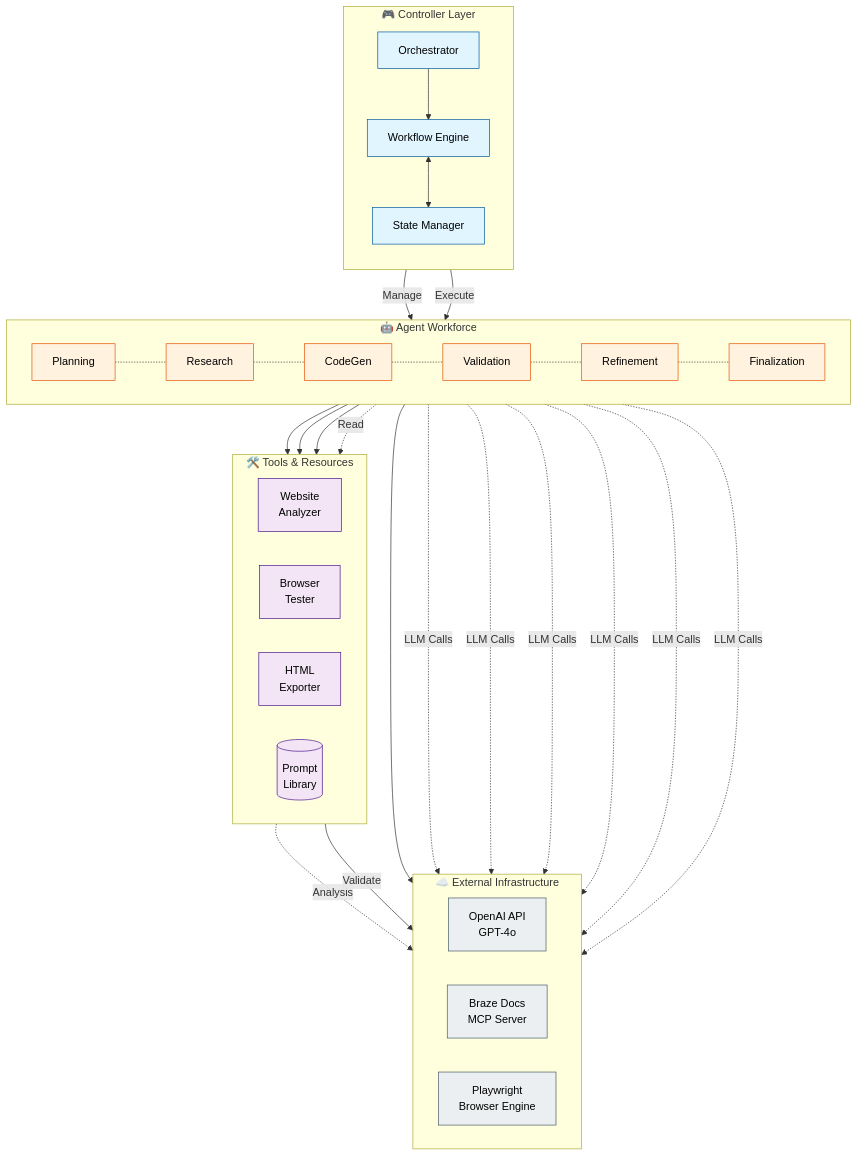
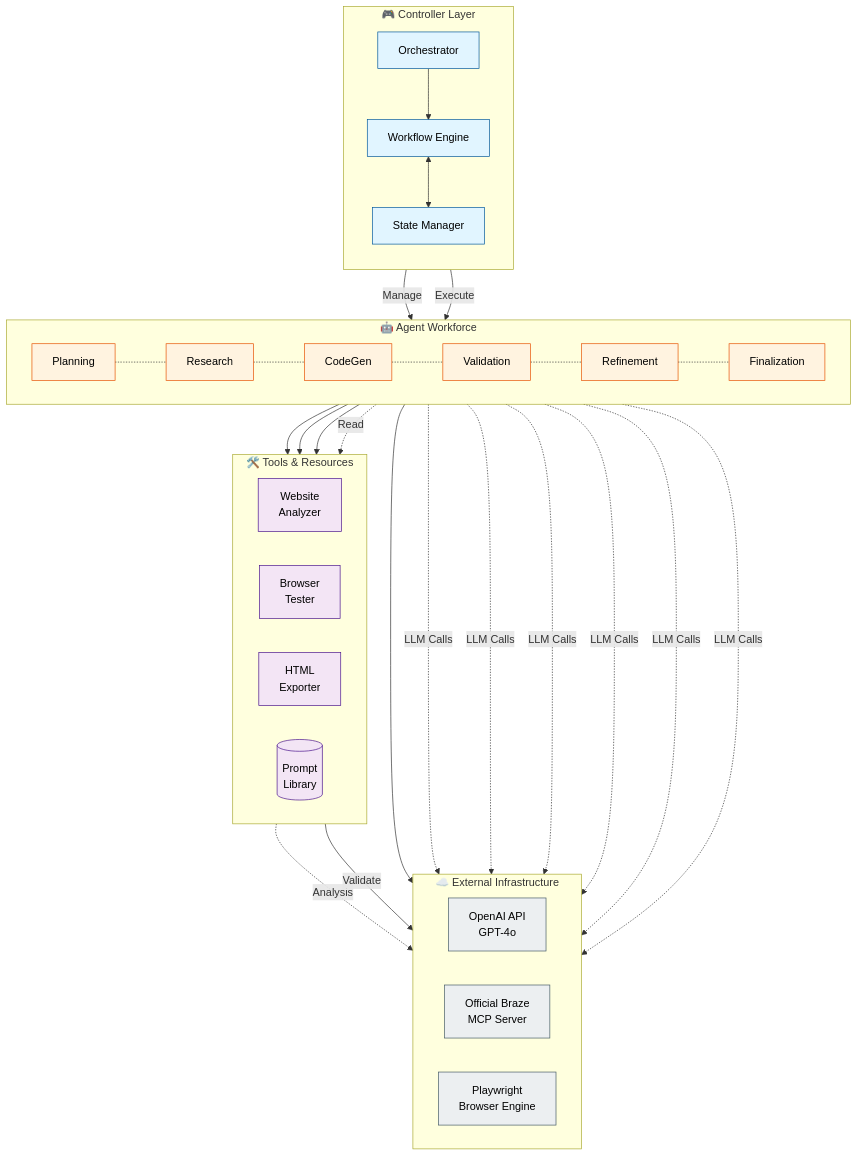
The sixth of 6 diagrams in docs/WORKFLOW_DIAGRAMS.md (jacobjaffe972/braze-sdk-demo-builder), drawn with Mermaid before and after one commit. The commit also changed other lines of this file and 7 other files, not shown here.

First line of the commit message:
feat: Switch to official Braze MCP server with improved documentation access

````diff
--- a/docs/WORKFLOW_DIAGRAMS.md
+++ b/docs/WORKFLOW_DIAGRAMS.md
@@ -388,61 +388,61 @@
 ```mermaid
 graph TD
     subgraph Controller["🎮 Controller Layer"]
         direction TB
         Orch[Orchestrator]
         WF[Workflow Engine]
         State[State Manager]
 
         Orch --> WF
         WF <--> State
     end
 
     subgraph AgentLayer["🤖 Agent Workforce"]
         direction LR
         PA[Planning] -.- RA[Research]
         RA -.- CG[CodeGen]
         CG -.- VA[Validation]
         VA -.- RF[Refinement]
         RF -.- FA[Finalization]
     end
 
     subgraph Resources["🛠️ Tools & Resources"]
         direction LR
         WA[Website<br/>Analyzer]
         BT[Browser<br/>Tester]
         EX[HTML<br/>Exporter]
         BP[(Prompt<br/>Library)]
     end
 
     subgraph Infra["☁️ External Infrastructure"]
         direction LR
         OpenAI[OpenAI API<br/>GPT-4o]
-        BrazeMCP[Braze Docs<br/>MCP Server]
+        BrazeMCP[Official Braze<br/>MCP Server]
         Playwright[Playwright<br/>Browser Engine]
     end
 
     Orch -->|Manage| PA
     WF -->|Execute| AgentLayer
 
     PA --> WA
     VA --> BT
     FA --> EX
     RA --> BrazeMCP
 
     AgentLayer -.->|Read| BP
 
     PA & RA & CG & VA & RF & FA -.->|LLM Calls| OpenAI
     WA -.->|Analysis| OpenAI
 
     BT -->|Validate| Playwright
 
     classDef controller fill:#e1f5ff,stroke:#01579b,color:black
     classDef agent fill:#fff3e0,stroke:#e65100,color:black
     classDef tool fill:#f3e5f5,stroke:#4a148c,color:black
     classDef infra fill:#eceff1,stroke:#455a64,color:black
 
     class Orch,WF,State controller
     class PA,RA,CG,VA,RF,FA agent
     class WA,BT,EX,BP tool
     class OpenAI,BrazeMCP,Playwright infra
 ```
````
